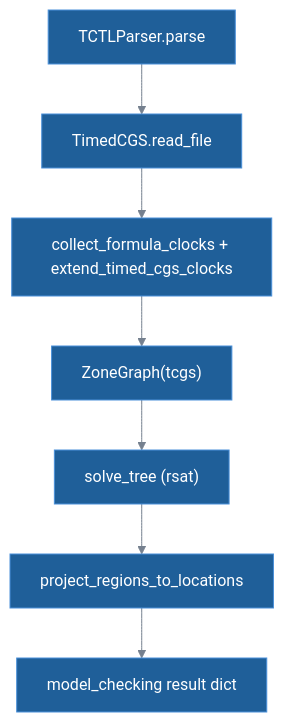
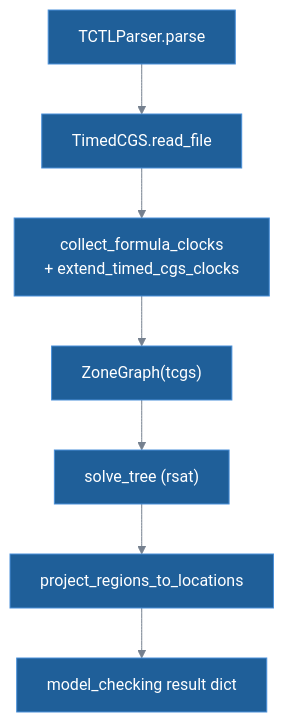
Before and after one commit to VITAMIN-organisation/vitamin-model-checker: the diagram in docs/TCTL/algorithm.md, drawn with Mermaid. The commit also changed other lines of this file and 3 other files, not shown here.

````diff
--- a/docs/TCTL/algorithm.md
+++ b/docs/TCTL/algorithm.md
@@ -127,13 +130,13 @@
 ```mermaid
 %%{init: {"theme": "base", "themeVariables": {"primaryColor": "#1f5f99", "primaryTextColor": "#ffffff", "primaryBorderColor": "#4a90d9", "lineColor": "#75808f", "tertiaryTextColor": "#75808f", "titleColor": "#75808f", "clusterBkg": "transparent", "clusterBorder": "#75808f", "edgeLabelBackground": "transparent"}}}%%
 flowchart TB
     parse["TCTLParser.parse"]
     load["TimedCGS.read_file"]
-    clocks["collect_formula_clocks + extend_timed_cgs_clocks"]
+    clocks["collect_formula_clocks<br/>+ extend_timed_cgs_clocks"]
     zones["ZoneGraph(tcgs)"]
     solve["solve_tree (rsat)"]
     project["project_regions_to_locations"]
     result["model_checking result dict"]
 
     parse --> load --> clocks --> zones --> solve --> project --> result
 ```
````
